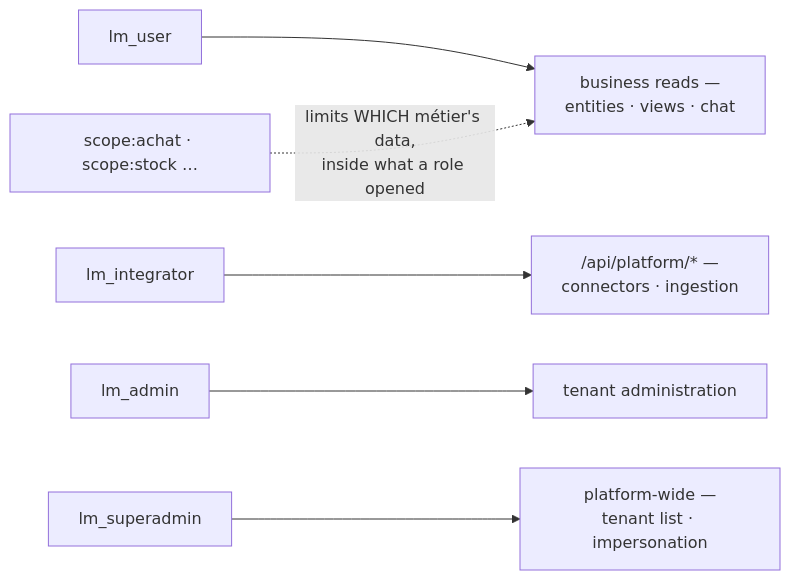
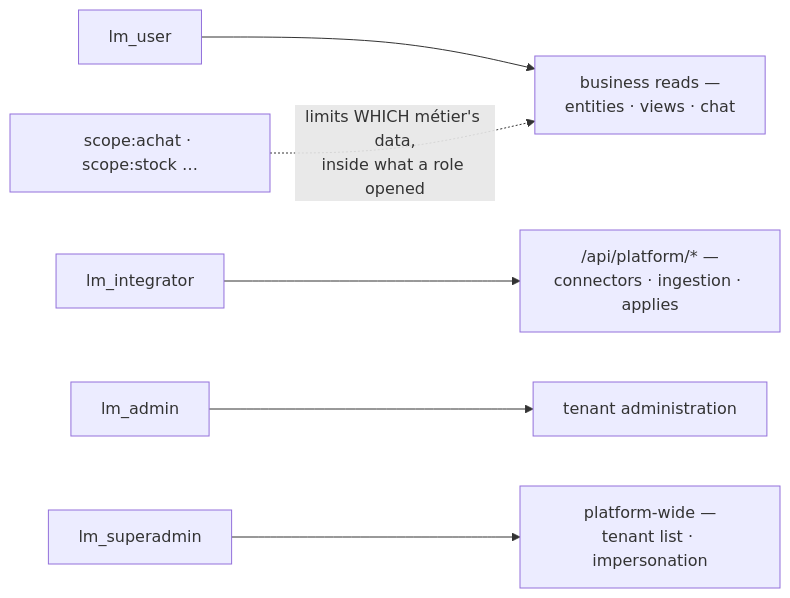
The diagram in docs/security/role-management.md (icreated/lumnik-open), drawn with Mermaid before and after one commit. The commit also changed other lines of this file and 584 other files, not shown here.

````diff
--- a/docs/security/role-management.md
+++ b/docs/security/role-management.md
@@ -15,8 +6,8 @@
 ```mermaid
 flowchart LR
   u["lm_user"] --> s1["business reads —<br/>entities · views · chat"]
-  i["lm_integrator"] --> s2["/api/platform/* —<br/>connectors · ingestion"]
+  i["lm_integrator"] --> s2["/api/platform/* —<br/>connectors · ingestion · applies"]
   a["lm_admin"] --> s3["tenant administration"]
   sa["lm_superadmin"] --> s4["platform-wide —<br/>tenant list · impersonation"]
   sc["scope:achat · scope:stock …"] -.->|"limits WHICH métier's data,<br/>inside what a role opened"| s1
 ```
````
